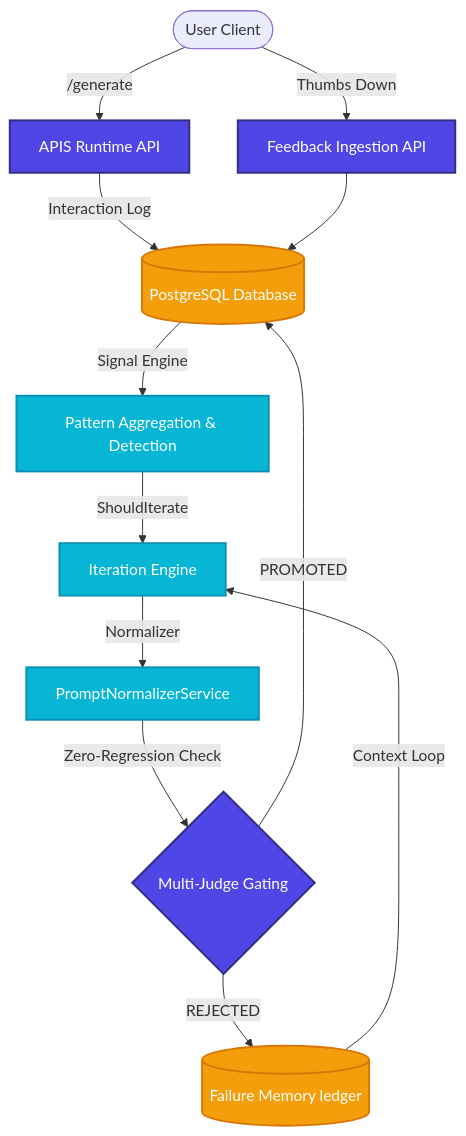
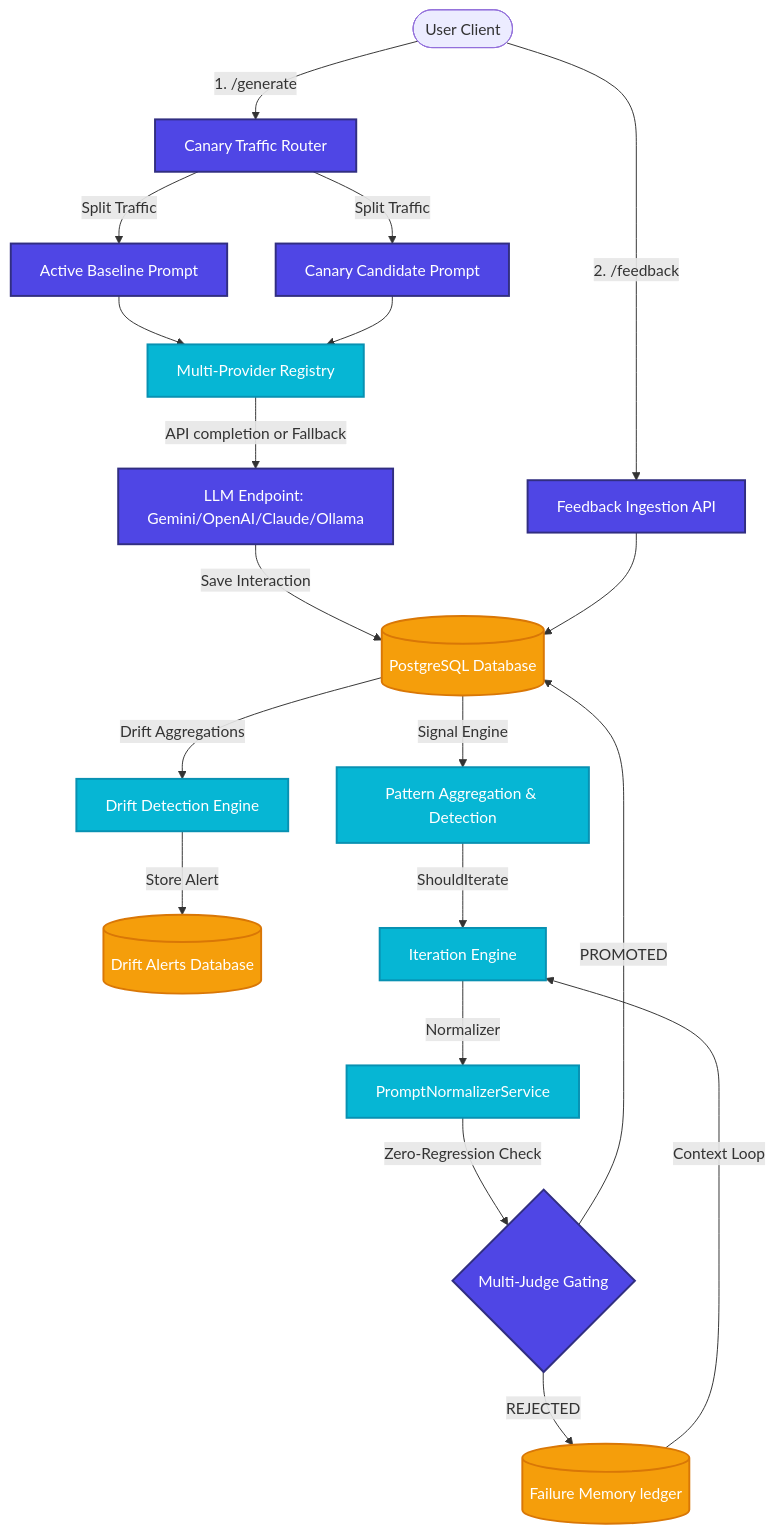
Before and after one commit to SoorejS/APIS: the diagram in README.md, drawn with Mermaid. The commit also changed other lines of this file and 1 other file, not shown here.

Commit message:
Update README and ARCHITECTURE documentation to reflect Canary, ProviderRegistry, and Drift Detection features

````diff
--- a/README.md
+++ b/README.md
@@ -24,22 +27,33 @@
 ```mermaid
 flowchart TD
     %% Define Styles
     classDef primary fill:#4F46E5,stroke:#312E81,stroke-width:2px,color:#fff;
     classDef secondary fill:#06B6D4,stroke:#0891B2,stroke-width:2px,color:#fff;
     classDef db fill:#F59E0B,stroke:#D97706,stroke-width:2px,color:#fff;
 
     %% Nodes & Links
-    User([User Client]) -->|/generate| Runtime[APIS Runtime API]:::primary
-    Runtime -->|Interaction Log| Postgres[(PostgreSQL Database)]:::db
-    User -->|Thumbs Down| Ingest[Feedback Ingestion API]:::primary
+    User([User Client]) -->|1. /generate| Router[Canary Traffic Router]:::primary
+    Router -->|Split Traffic| Baseline[Active Baseline Prompt]:::primary
+    Router -->|Split Traffic| Canary[Canary Candidate Prompt]:::primary
+    
+    Baseline --> Registry[Multi-Provider Registry]:::secondary
+    Canary --> Registry
+    
+    Registry -->|API completion or Fallback| Model[LLM Endpoint: Gemini/OpenAI/Claude/Ollama]:::primary
+    Model -->|Save Interaction| Postgres[(PostgreSQL Database)]:::db
+    
+    User -->|2. /feedback| Ingest[Feedback Ingestion API]:::primary
     Ingest --> Postgres
     
     Postgres -->|Signal Engine| Aggregator[Pattern Aggregation & Detection]:::secondary
+    Postgres -->|Drift Aggregations| DriftEngine[Drift Detection Engine]:::secondary
+    DriftEngine -->|Store Alert| DriftAlerts[(Drift Alerts Database)]:::db
+    
     Aggregator -->|ShouldIterate| Iteration[Iteration Engine]:::secondary
     Iteration -->|Normalizer| Normalizer[PromptNormalizerService]:::secondary
     Normalizer -->|Zero-Regression Check| Gating{Multi-Judge Gating}:::primary
     
     Gating -->|PROMOTED| Postgres
     Gating -->|REJECTED| FailureMem[(Failure Memory ledger)]:::db
     FailureMem -->|Context Loop| Iteration
 ```
````
